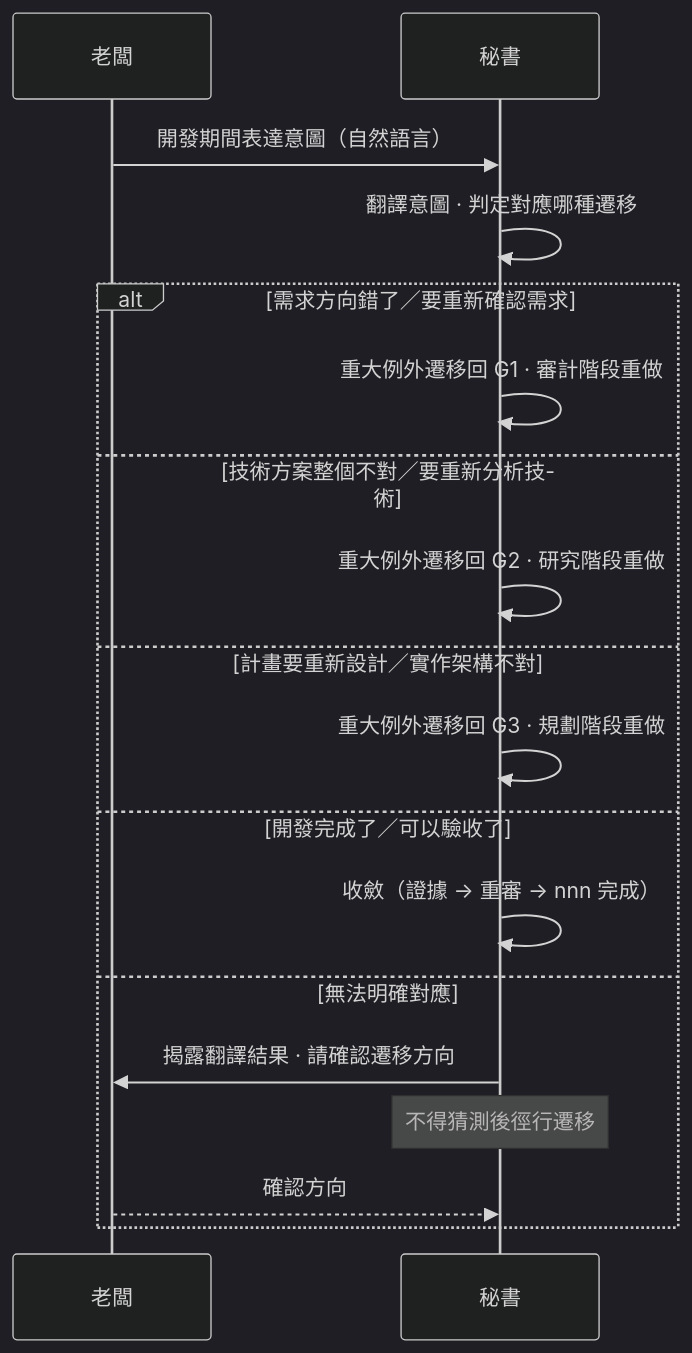
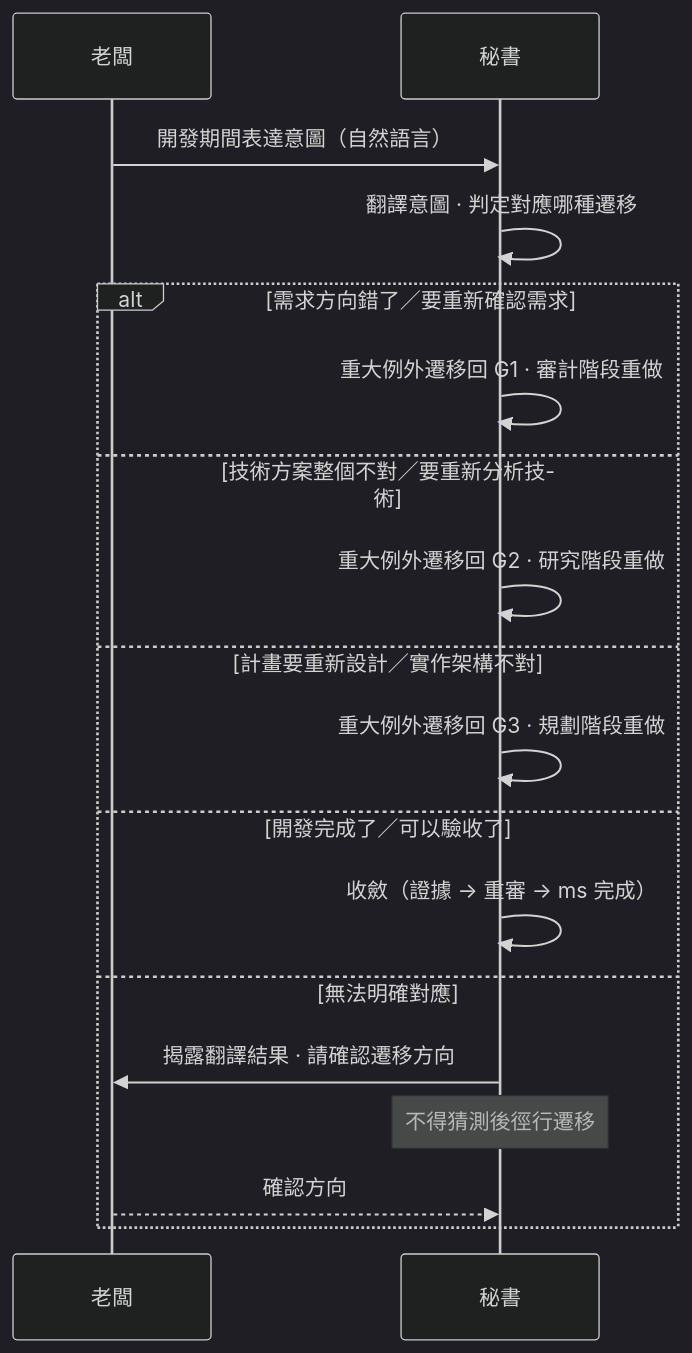
Before and after one commit to teps3105/shiftblame: the third of 8 diagrams in skills/shiftblame/SKILL.md, drawn with Mermaid (dark theme). The commit also changed other lines of this file and 19 other files, not shown here.

````diff
--- a/skills/shiftblame/SKILL.md
+++ b/skills/shiftblame/SKILL.md
@@ -123,22 +123,22 @@
    ```mermaid
    sequenceDiagram
         participant B as 老闆
         participant SEC as 秘書
 
         B->>SEC: 開發期間表達意圖（自然語言）
         SEC->>SEC: 翻譯意圖 · 判定對應哪種遷移
 
         alt 需求方向錯了／要重新確認需求
             SEC->>SEC: 重大例外遷移回 G1 · 審計階段重做
         else 技術方案整個不對／要重新分析技術
             SEC->>SEC: 重大例外遷移回 G2 · 研究階段重做
         else 計畫要重新設計／實作架構不對
             SEC->>SEC: 重大例外遷移回 G3 · 規劃階段重做
         else 開發完成了／可以驗收了
-            SEC->>SEC: 收斂（證據 → 重審 → nnn 完成）
+            SEC->>SEC: 收斂（證據 → 重審 → ms 完成）
         else 無法明確對應
             SEC->>B: 揭露翻譯結果 · 請確認遷移方向
             Note over SEC: 不得猜測後徑行遷移
             B-->>SEC: 確認方向
         end
    ```
````
